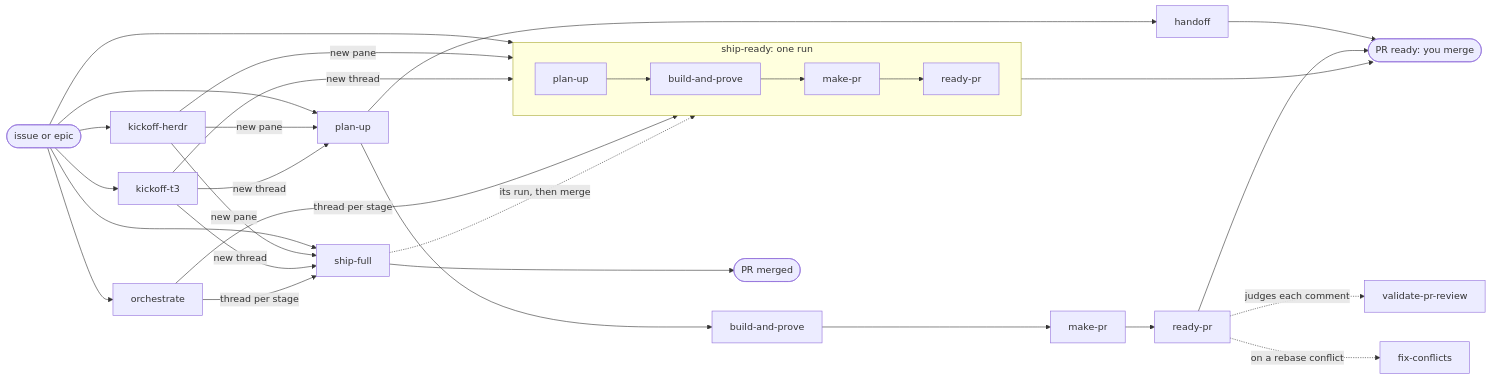
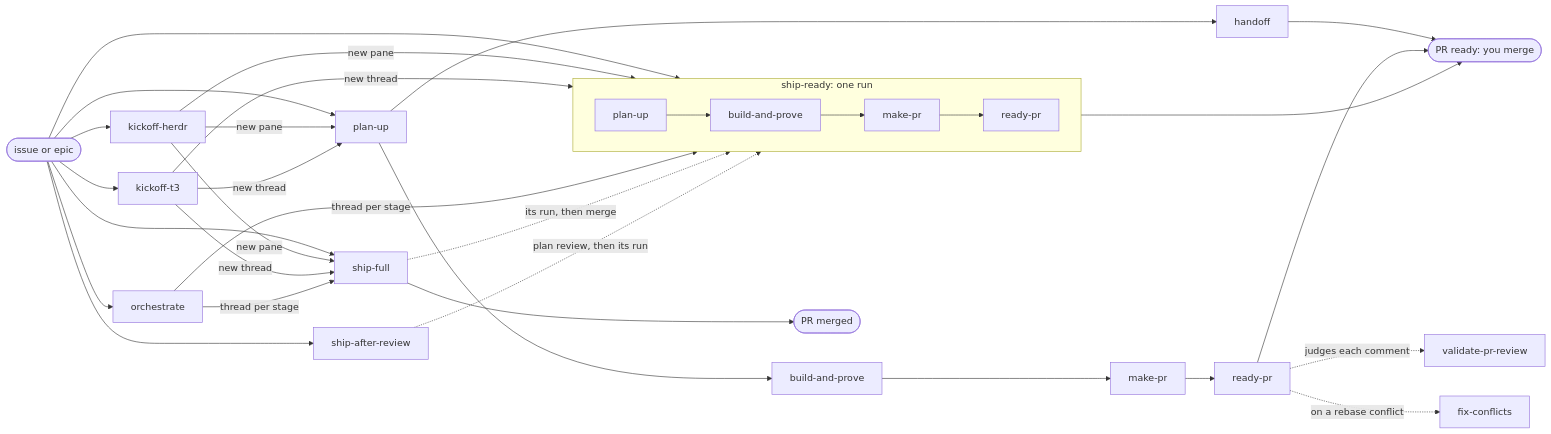
Before and after one commit to linhvu0711/skills: the second of 2 diagrams in README.md, drawn with Mermaid. The commit also changed other lines of this file and 6 other files, not shown here.

First line of the commit message:
feat(ship-after-review): ship after the user approves the plan page

````diff
--- a/README.md
+++ b/README.md
@@ -36,30 +36,32 @@
 ```mermaid
 flowchart LR
   ticket([issue or epic]) --> shipready
   ticket --> shipfull[ship-full]
+  ticket --> shipafter[ship-after-review]
   ticket --> kickoffherdr[kickoff-herdr]
   ticket --> kickofft3[kickoff-t3]
   ticket --> orchestrate[orchestrate]
   ticket --> planup[plan-up]
   kickoffherdr -->|new pane| planup
   kickoffherdr -->|new pane| shipready
   kickoffherdr -->|new pane| shipfull
   kickofft3 -->|new thread| planup
   kickofft3 -->|new thread| shipready
   kickofft3 -->|new thread| shipfull
   orchestrate -->|thread per stage| shipready
   orchestrate -->|thread per stage| shipfull
   subgraph shipready [ship-ready: one run]
     direction LR
     sp[plan-up] --> sb[build-and-prove] --> sm[make-pr] --> sr[ready-pr]
   end
   planup --> bp[build-and-prove] --> makepr[make-pr] --> readypr[ready-pr]
   planup --> ho[handoff]
   shipready --> done([PR ready: you merge])
   shipfull -.->|its run, then merge| shipready
+  shipafter -.->|plan review, then its run| shipready
   shipfull --> merged([PR merged])
   ho --> done
   readypr --> done
   readypr -.->|judges each comment| vpr[validate-pr-review]
   readypr -.->|on a rebase conflict| fc[fix-conflicts]
 ```
````
